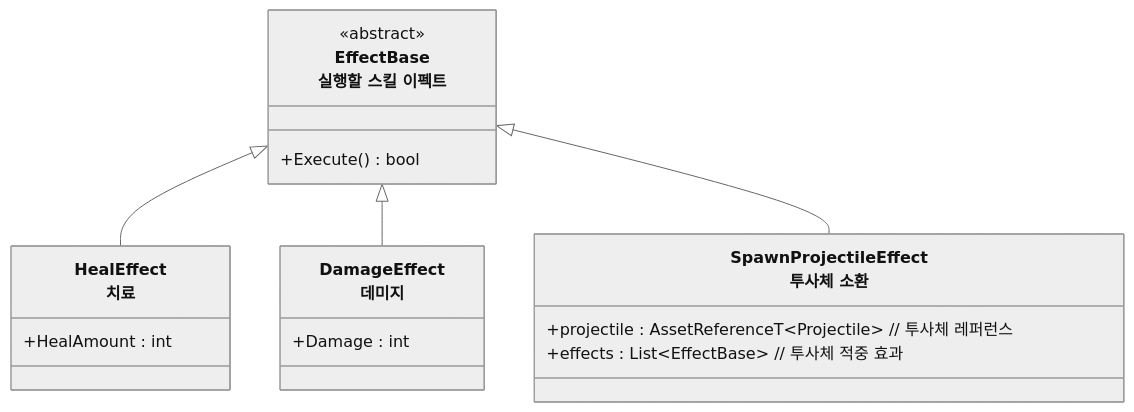
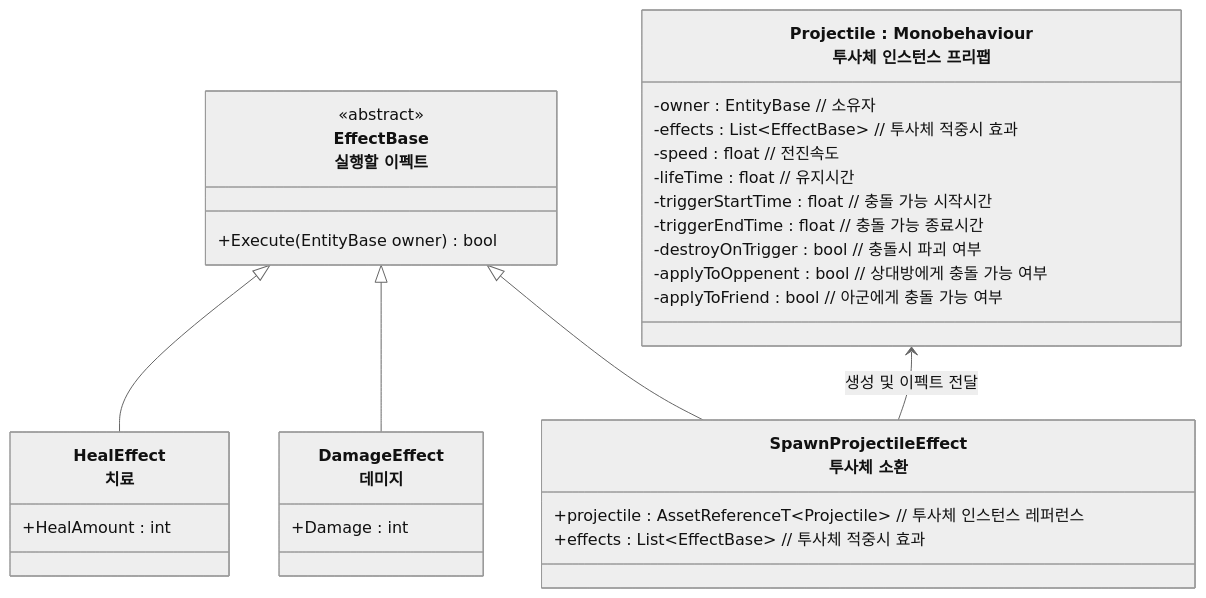
The second of 2 diagrams in Assets/_README/스킬시스템_설계.md (JIN5EOK/DungeonShooter), drawn with Mermaid (neutral theme) before and after one commit. The commit also changed other lines of this file, not shown here.

````diff
--- a/Assets/_README/스킬시스템_설계.md
+++ b/Assets/_README/스킬시스템_설계.md
@@ -43,23 +43,37 @@
 ```mermaid
 classDiagram
-    class EffectBase["EffectBase<br>실행할 스킬 이펙트"]{
+    class EffectBase["EffectBase<br>실행할 이펙트"]{
         <<abstract>>
-        +Execute() bool
+        +Execute(EntityBase owner) bool
     }
 
     class DamageEffect["DamageEffect<br>데미지"]{
         +Damage : int
     }
 
     class HealEffect["HealEffect<br>치료"]{
         +HealAmount : int
     }
 
     class SpawnProjectileEffect["SpawnProjectileEffect<br>투사체 소환"]{
-        +projectile : AssetReferenceT~Projectile~ // 투사체 레퍼런스
-        +effects : List~EffectBase~ //  투사체 적중 효과
+        +projectile : AssetReferenceT~Projectile~ // 투사체 인스턴스 레퍼런스
+        +effects : List~EffectBase~ // 투사체 적중시 효과
     }
+    
+    class Projectile["Projectile : Monobehaviour<br>투사체 인스턴스 프리팹"]{
+        -owner : EntityBase // 소유자
+        -effects : List~EffectBase~ // 투사체 적중시 효과
+        -speed : float // 전진속도
+        -lifeTime : float // 유지시간
+        -triggerStartTime : float // 충돌 가능 시작시간
+        -triggerEndTime : float // 충돌 가능 종료시간
+        -destroyOnTrigger : bool // 충돌시 파괴 여부
+        -applyToOppenent : bool // 상대방에게 충돌 가능 여부
+        -applyToFriend : bool // 아군에게 충돌 가능 여부
+    }
+
     EffectBase <|-- HealEffect
     EffectBase <|-- DamageEffect
     EffectBase <|-- SpawnProjectileEffect
+    Projectile <-- SpawnProjectileEffect : 생성 및 이펙트 전달
 ```
````
